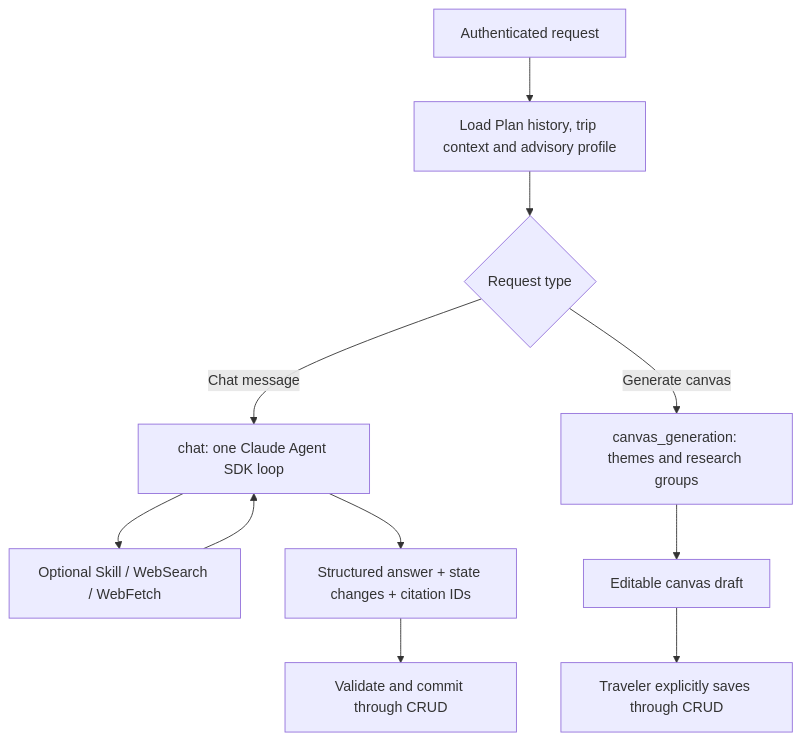
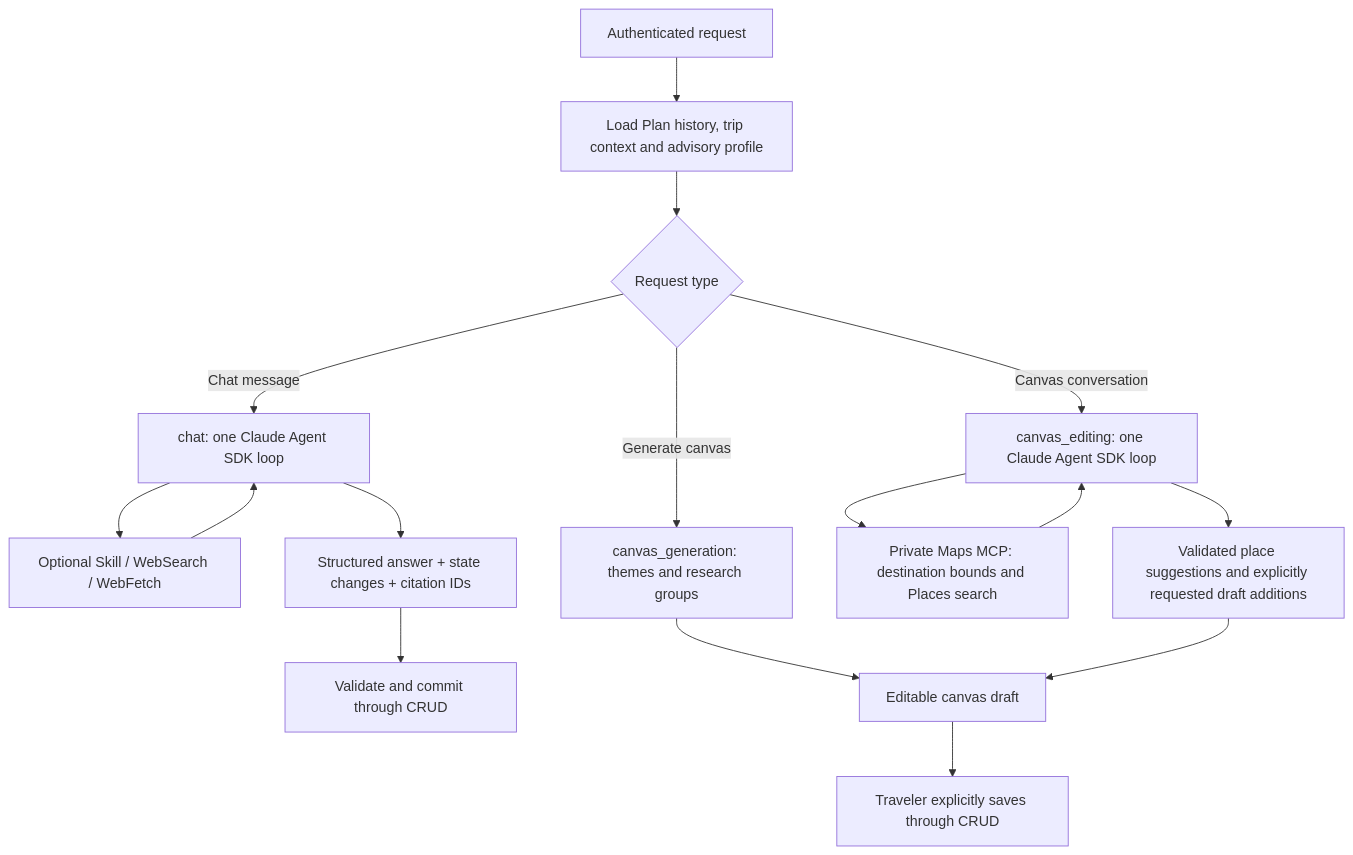
Before and after one commit to Merthadam/travella: the diagram in docs/agent/llm-flow.md, drawn with Mermaid. The commit also changed other lines of this file and 9 other files, not shown here.

Commit message:
docs(canvas): record activity editor flow and manual verification

````diff
--- a/docs/agent/llm-flow.md
+++ b/docs/agent/llm-flow.md
@@ -7,13 +7,18 @@
 ```mermaid
 flowchart TD
     A[Authenticated request] --> B[Load Plan history, trip context and advisory profile]
     B --> C{Request type}
     C -->|Chat message| D[chat: one Claude Agent SDK loop]
     D --> E[Optional Skill / WebSearch / WebFetch]
     E --> D
     D --> F[Structured answer + state changes + citation IDs]
     F --> G[Validate and commit through CRUD]
     C -->|Generate canvas| H[canvas_generation: themes and research groups]
     H --> I[Editable canvas draft]
     I --> J[Traveler explicitly saves through CRUD]
+    C -->|Canvas conversation| K[canvas_editing: one Claude Agent SDK loop]
+    K --> L[Private Maps MCP: destination bounds and Places search]
+    L --> K
+    K --> M[Validated place suggestions and explicitly requested draft additions]
+    M --> I
 ```
````
